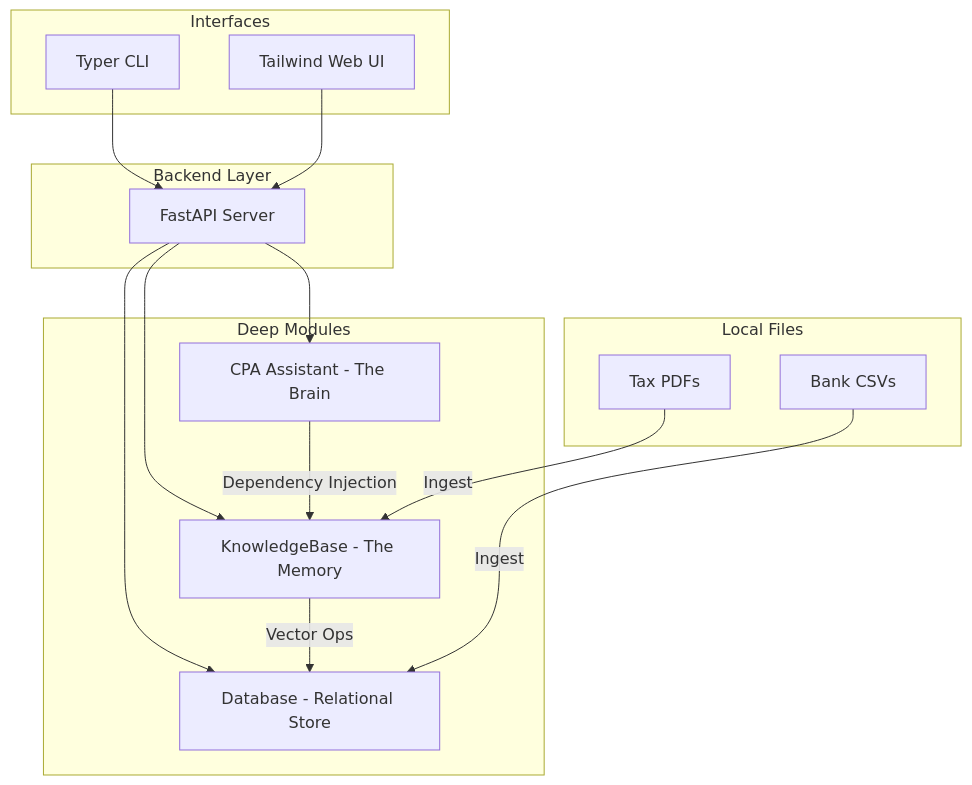
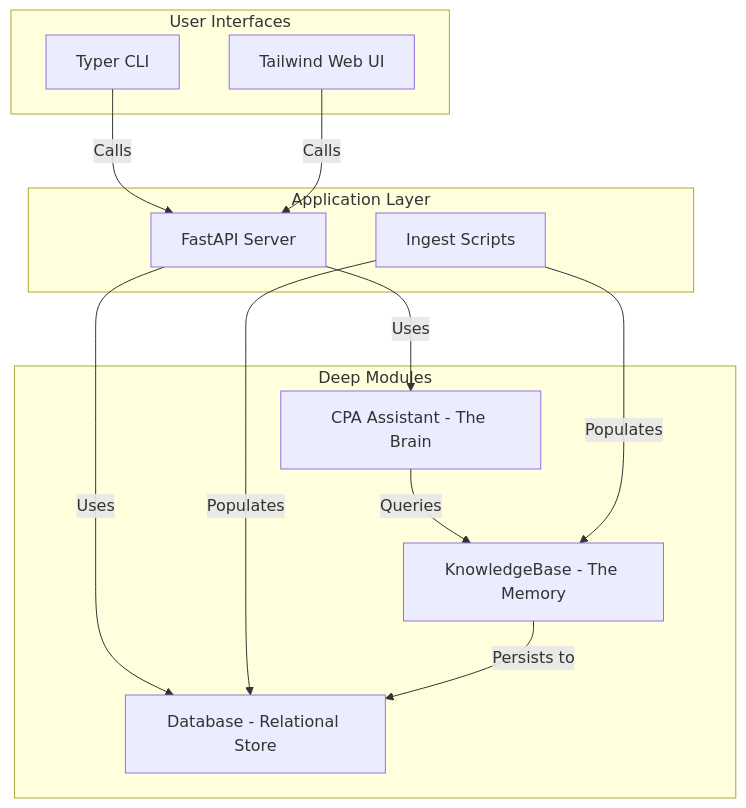
The diagram in README.md (abhishek-jana/personalCPA), drawn with Mermaid before and after one commit.

Commit message:
docs: correct dependency flow in architecture diagram

````diff
--- a/README.md
+++ b/README.md
@@ -11,35 +11,32 @@
 ```mermaid
 graph TD
-    subgraph UI [Interfaces]
+    subgraph UI [User Interfaces]
         CLI[Typer CLI]
         Web[Tailwind Web UI]
     end
 
-    subgraph API [Backend Layer]
+    subgraph App [Application Layer]
         FastAPI[FastAPI Server]
+        Scripts[Ingest Scripts]
     end
 
     subgraph Core [Deep Modules]
         Assistant[CPA Assistant - The Brain]
         KB[KnowledgeBase - The Memory]
         DB[Database - Relational Store]
     end
 
-    subgraph External [Local Files]
-        CSV[Bank CSVs]
-        PDF[Tax PDFs]
-    end
+    %% Interactions
+    CLI -->|Calls| FastAPI
+    Web -->|Calls| FastAPI
+    
+    FastAPI -->|Uses| Assistant
+    FastAPI -->|Uses| DB
+    
+    Assistant -->|Queries| KB
+    
+    Scripts -->|Populates| KB
+    Scripts -->|Populates| DB
 
-    CLI --> FastAPI
-    Web --> FastAPI
-    
-    FastAPI --> Assistant
-    FastAPI --> KB
-    FastAPI --> DB
-    
-    Assistant -->|Dependency Injection| KB
-    KB -->|Vector Ops| DB
-    
-    CSV -->|Ingest| DB
-    PDF -->|Ingest| KB
+    KB -->|Persists to| DB
 ```
````
